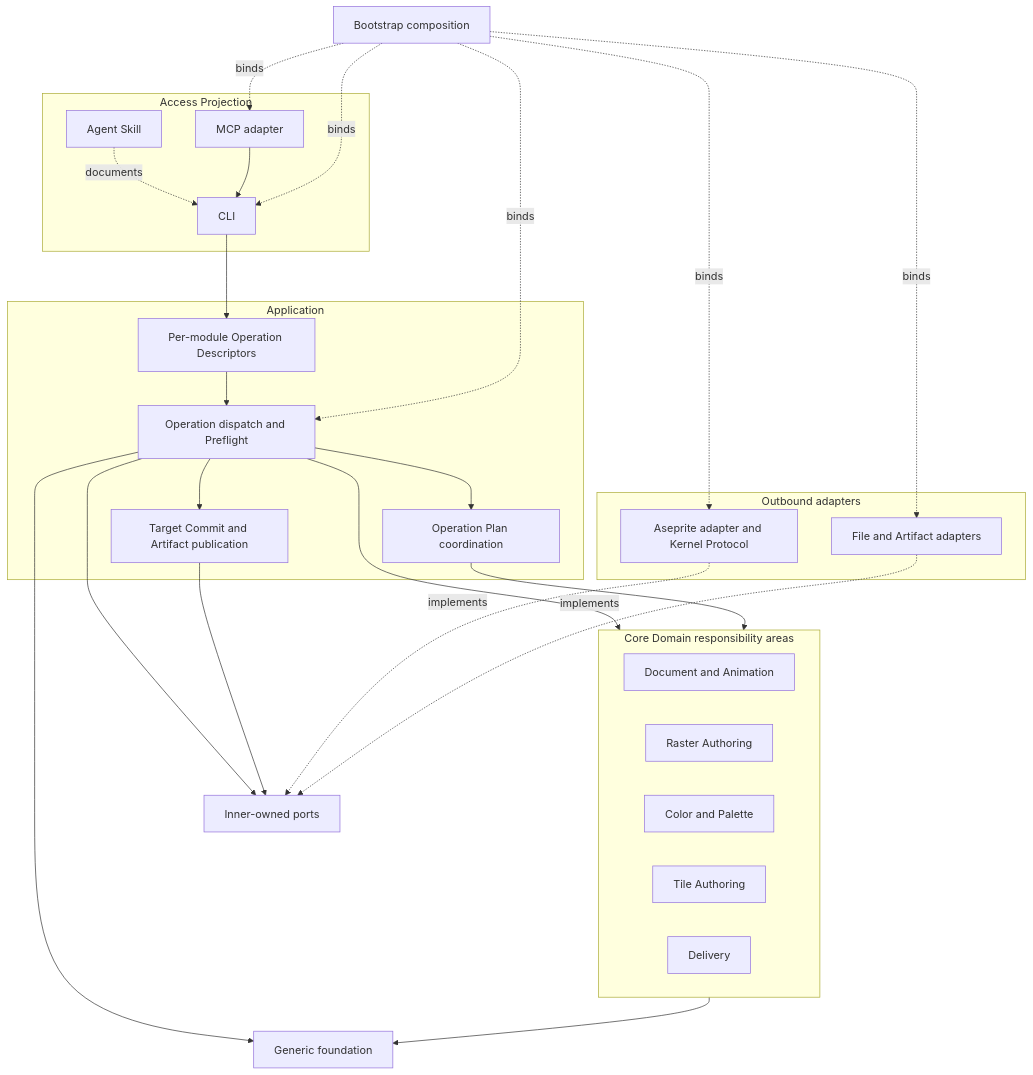
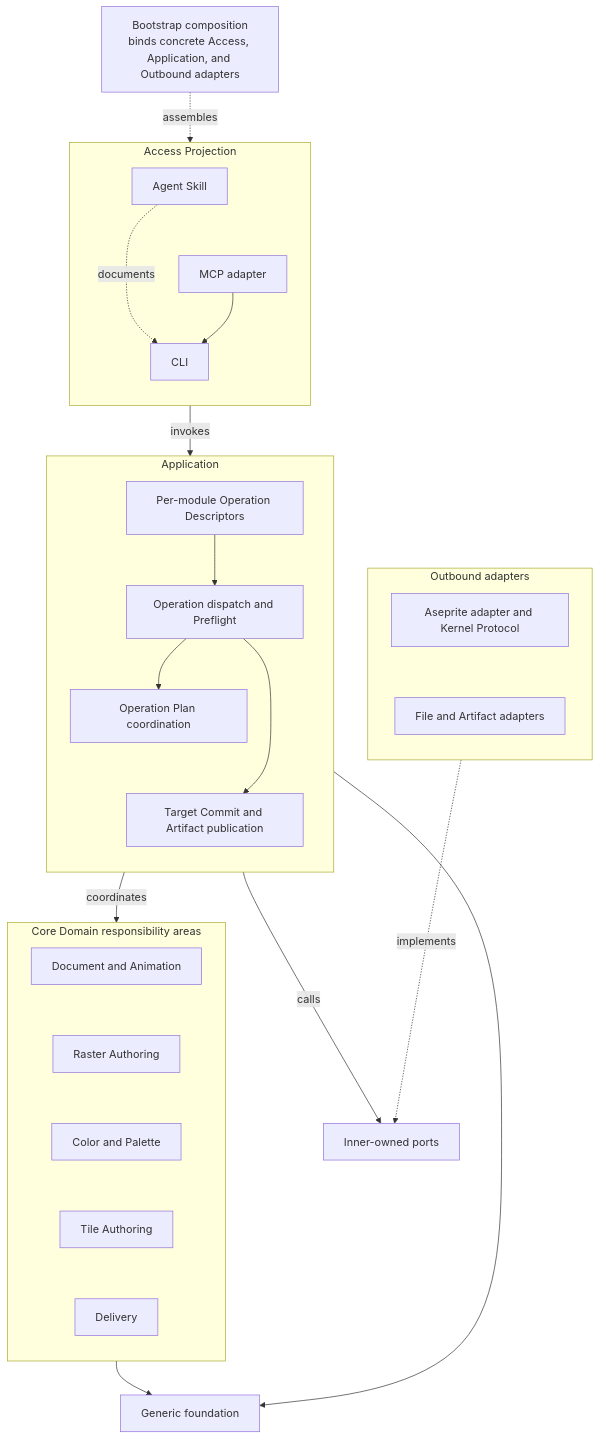
Before and after one commit to aigengame/aseprite-automation: the third of 6 diagrams in ARCHITECTURE.md, drawn with Mermaid. The commit also changed other lines of this file, not shown here.

Commit message:
docs(architecture): use vertical diagram layouts

````diff
--- a/ARCHITECTURE.md
+++ b/ARCHITECTURE.md
@@ -183,51 +183,57 @@
 ```mermaid
 flowchart TB
     subgraph Access[Access Projection]
+        direction TB
         CLI[CLI]
         MCP[MCP adapter]
         Skill[Agent Skill]
+        Skill ~~~ MCP
     end
 
     subgraph Application[Application]
+        direction TB
         Dispatch[Operation dispatch and Preflight]
         Plan[Operation Plan coordination]
         Commit[Target Commit and Artifact publication]
         Descriptors[Per-module Operation Descriptors]
+        Plan ~~~ Commit
     end
 
     subgraph Core[Core Domain responsibility areas]
+        direction TB
         Document[Document and Animation]
         Raster[Raster Authoring]
         Color[Color and Palette]
         Tile[Tile Authoring]
         Delivery[Delivery]
+        Document ~~~ Raster
+        Raster ~~~ Color
+        Color ~~~ Tile
+        Tile ~~~ Delivery
     end
 
     Ports[Inner-owned ports]
     Foundation[Generic foundation]
 
     subgraph Outbound[Outbound adapters]
+        direction TB
         Runtime[Aseprite adapter and Kernel Protocol]
         FileAdapter[File and Artifact adapters]
+        Runtime ~~~ FileAdapter
     end
 
     Skill -. documents .-> CLI
     MCP --> CLI
-    CLI --> Descriptors
     Descriptors --> Dispatch
     Dispatch --> Plan
     Dispatch --> Commit
-    Dispatch --> Core
-    Plan --> Core
-    Dispatch --> Ports
-    Commit --> Ports
+    Bootstrap["Bootstrap composition<br/>binds concrete Access, Application, and Outbound adapters"]
+
+    Bootstrap -. assembles .-> Access
+    Access -->|invokes| Application
+    Application -->|coordinates| Core
+    Application -->|calls| Ports
     Core --> Foundation
-    Dispatch --> Foundation
-    Runtime -. implements .-> Ports
-    FileAdapter -. implements .-> Ports
-    Bootstrap[Bootstrap composition] -. binds .-> CLI
-    Bootstrap -. binds .-> MCP
-    Bootstrap -. binds .-> Dispatch
-    Bootstrap -. binds .-> Runtime
-    Bootstrap -. binds .-> FileAdapter
+    Application --> Foundation
+    Outbound -. implements .-> Ports
 ```
````
